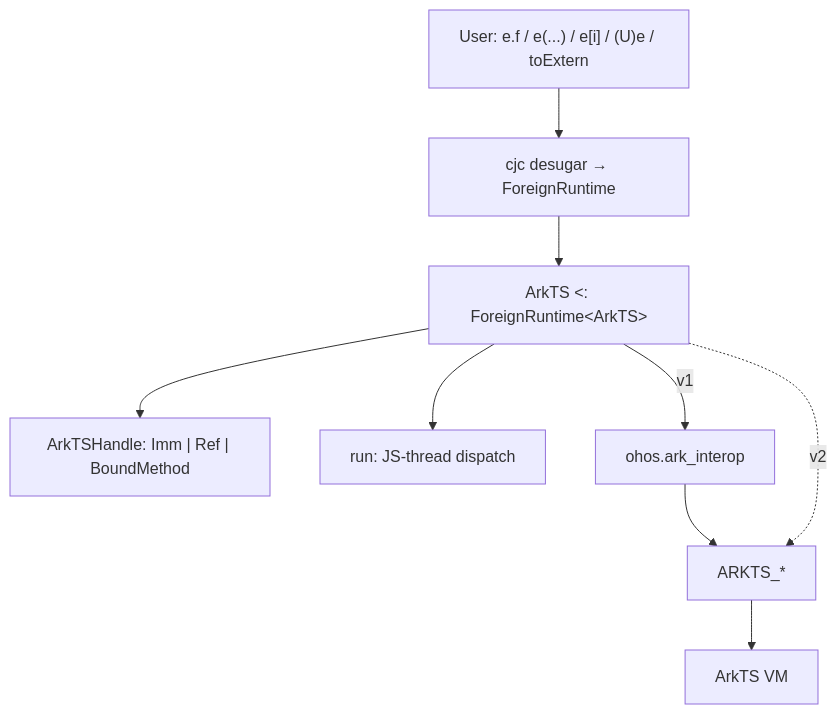
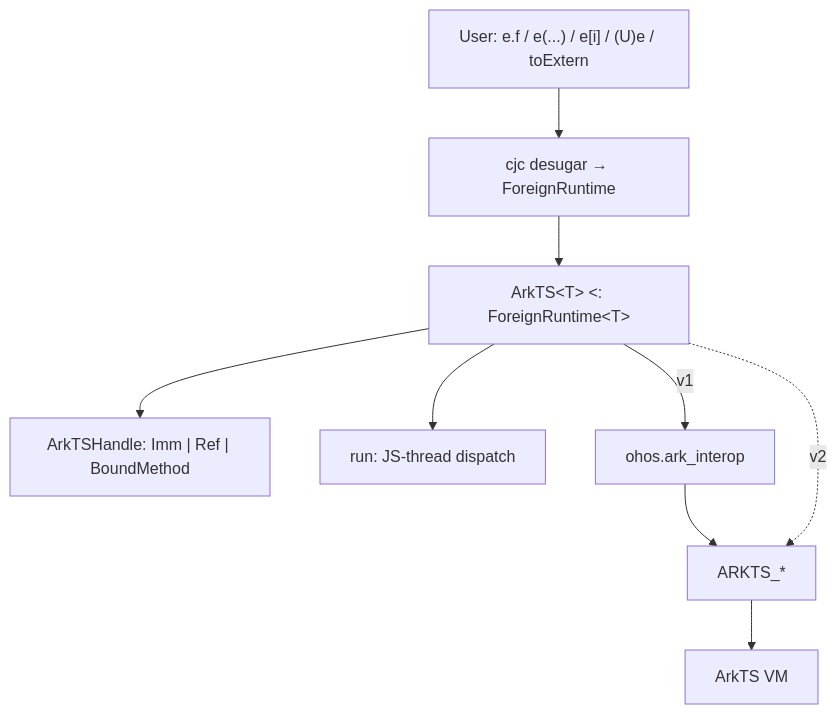
Before and after one commit to belolourenco/cangjie_interop_architecture: the first of 2 diagrams in docs/foreign_arkts_runtime_design.md, drawn with Mermaid. The commit also changed other lines of this file, not shown here.

````diff
--- a/docs/foreign_arkts_runtime_design.md
+++ b/docs/foreign_arkts_runtime_design.md
@@ -17,9 +17,9 @@
 ```mermaid
 flowchart TB
     UC["User: e.f / e(...) / e[i] / (U)e / toExtern"] --> DS["cjc desugar → ForeignRuntime"]
-    DS --> ARK["ArkTS <: ForeignRuntime&lt;ArkTS&gt;"]
+    DS --> ARK["ArkTS&lt;T&gt; <: ForeignRuntime&lt;T&gt;"]
     ARK --> PAY["ArkTSHandle: Imm | Ref | BoundMethod"]
     ARK --> RUN["run: JS-thread dispatch"]
     ARK -->|"v1"| CTX["ohos.ark_interop"] --> FFI["ARKTS_*"] --> VM["ArkTS VM"]
     ARK -.->|"v2"| FFI
 ```
````
